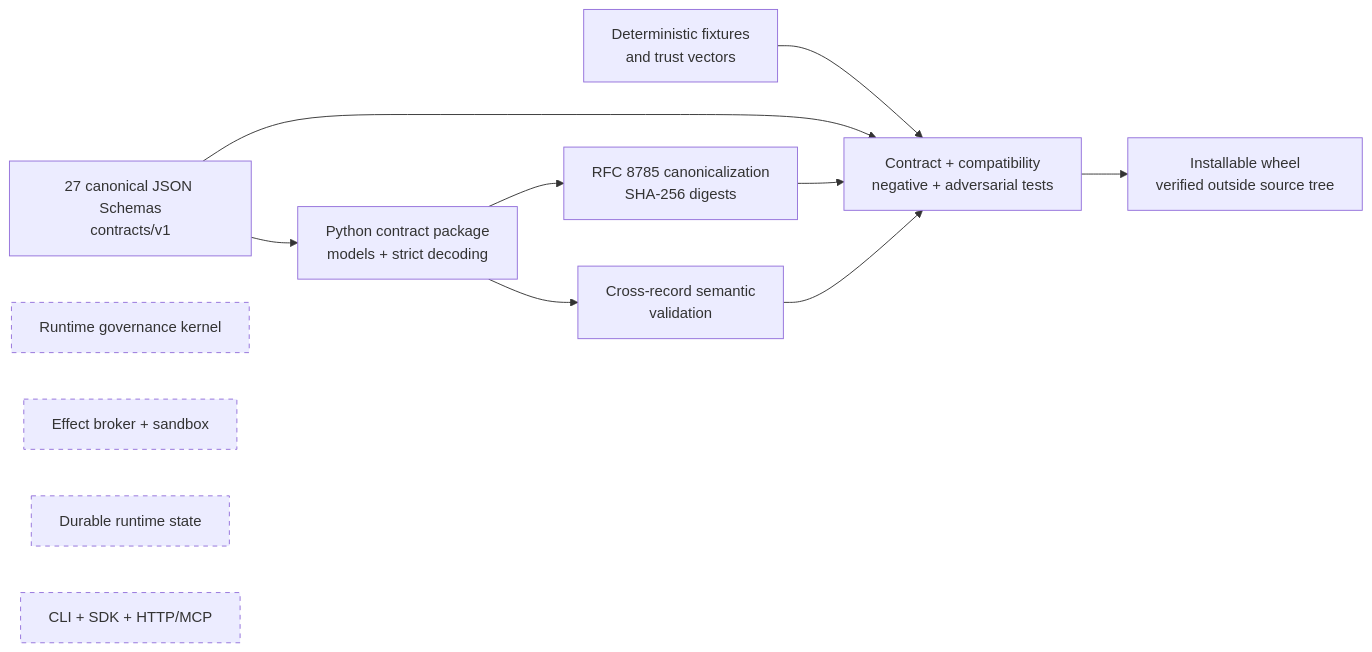
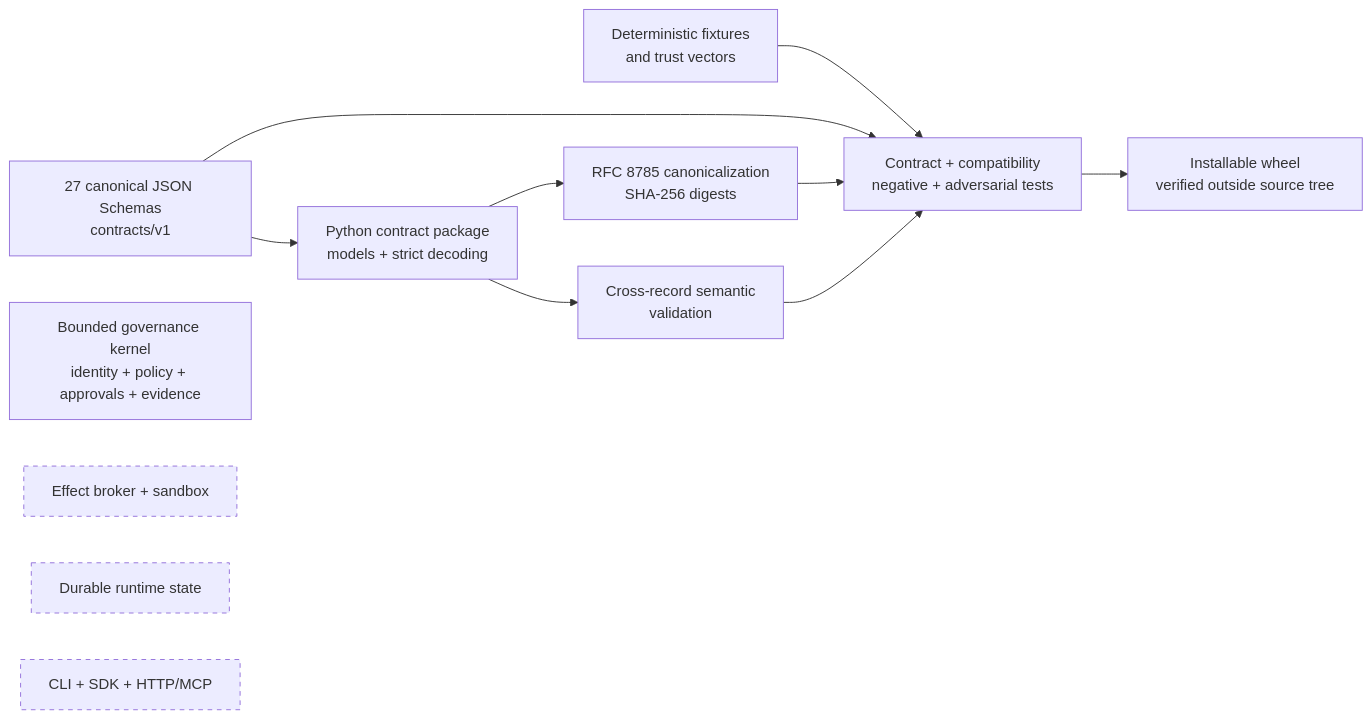
The first of 3 diagrams in README.md (lamenting-hawthorn/governed-agent-harness), drawn with Mermaid before and after one commit. The commit also changed other lines of this file and 6 other files, not shown here.

Commit message:
feat: add bounded governance kernel

````diff
--- a/README.md
+++ b/README.md
@@ -40,18 +42,18 @@
 ```mermaid
 flowchart LR
   Schemas["27 canonical JSON Schemas\ncontracts/v1"] --> Package["Python contract package\nmodels + strict decoding"]
   Package --> Canonical["RFC 8785 canonicalization\nSHA-256 digests"]
   Package --> Semantic["Cross-record semantic\nvalidation"]
   Fixtures["Deterministic fixtures\nand trust vectors"] --> Tests["Contract + compatibility\nnegative + adversarial tests"]
   Schemas --> Tests
   Canonical --> Tests
   Semantic --> Tests
   Tests --> Wheel["Installable wheel\nverified outside source tree"]
 
-  Kernel["Runtime governance kernel"]:::planned
+  Kernel["Bounded governance kernel\nidentity + policy + approvals + evidence"]
   Effects["Effect broker + sandbox"]:::planned
   Storage["Durable runtime state"]:::planned
   Surfaces["CLI + SDK + HTTP/MCP"]:::planned
 
   classDef planned stroke-dasharray:5 5
 ```
````
